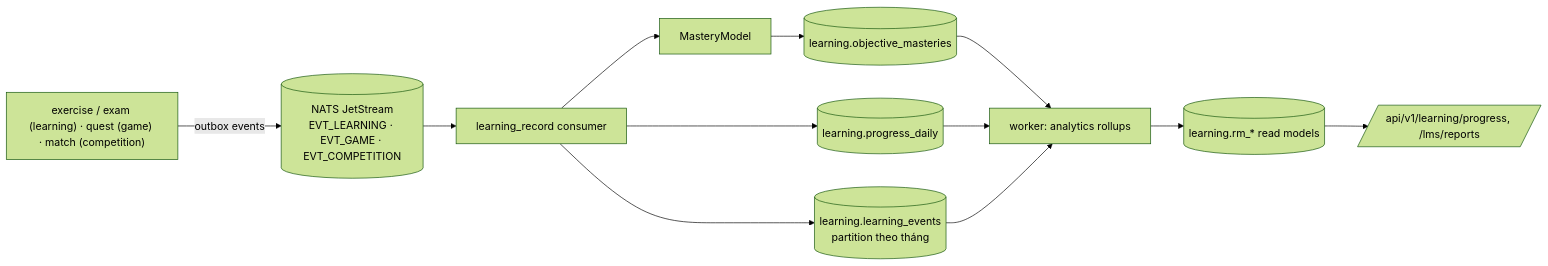
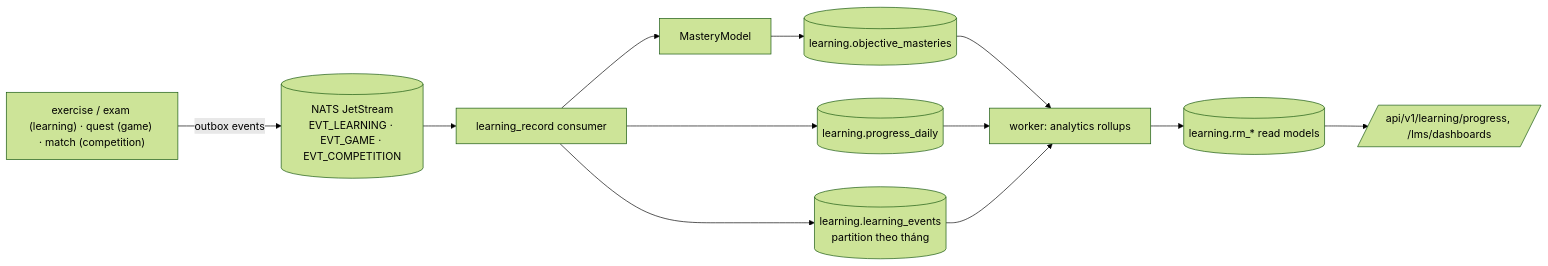
The diagram in docs/02-learning/LEARNING_ANALYTICS.md (tanguyen2020/eduworld-platform), drawn with Mermaid (forest theme) before and after one commit. The commit also changed other lines of this file and 922 other files, not shown here.

````diff
--- a/docs/02-learning/LEARNING_ANALYTICS.md
+++ b/docs/02-learning/LEARNING_ANALYTICS.md
@@ -16,11 +17,11 @@
 ```mermaid
 flowchart LR
   EX["exercise / exam (learning) · quest (game) · match (competition)"] -- outbox events --> ST[(NATS JetStream\nEVT_LEARNING · EVT_GAME · EVT_COMPETITION)]
   ST --> LR[learning_record consumer]
   LR --> LE[(learning.learning_events\npartition theo tháng)]
   LR --> MM[MasteryModel] --> OM[(learning.objective_masteries)]
   LR --> PS[(learning.progress_daily)]
   OM & PS & LE --> AG["worker: analytics rollups"]
   AG --> RM[(learning.rm_* read models)]
-  RM --> API[/api/v1/learning/progress, /lms/reports/]
+  RM --> API[/api/v1/learning/progress, /lms/dashboards/]
 ```
````
